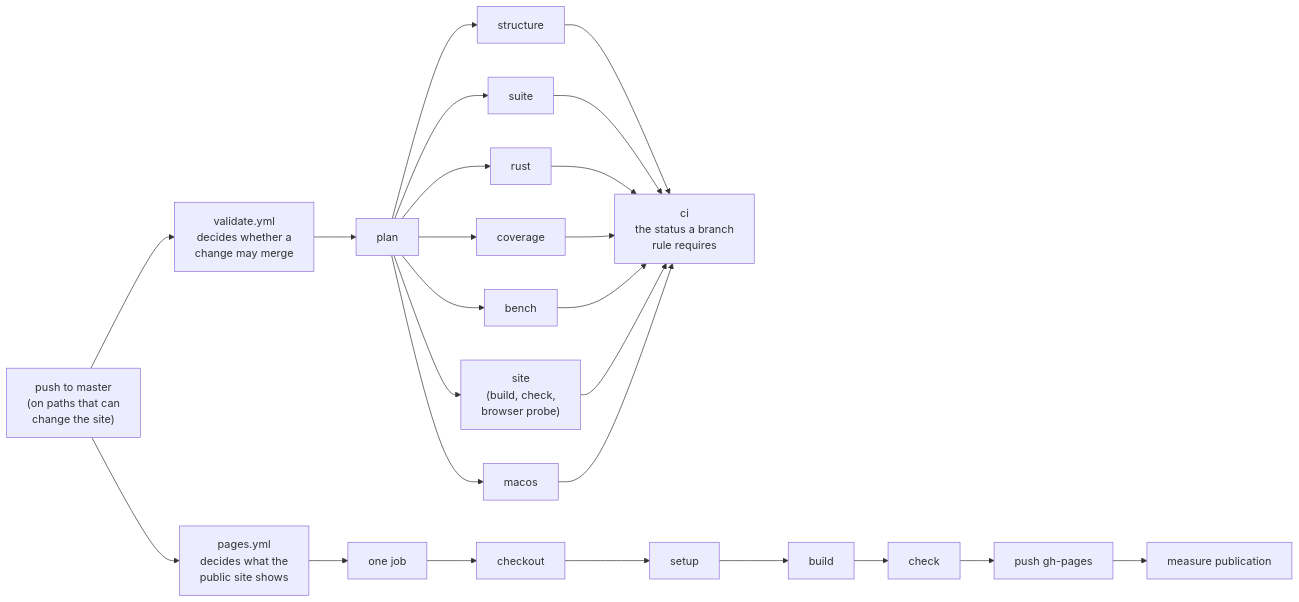
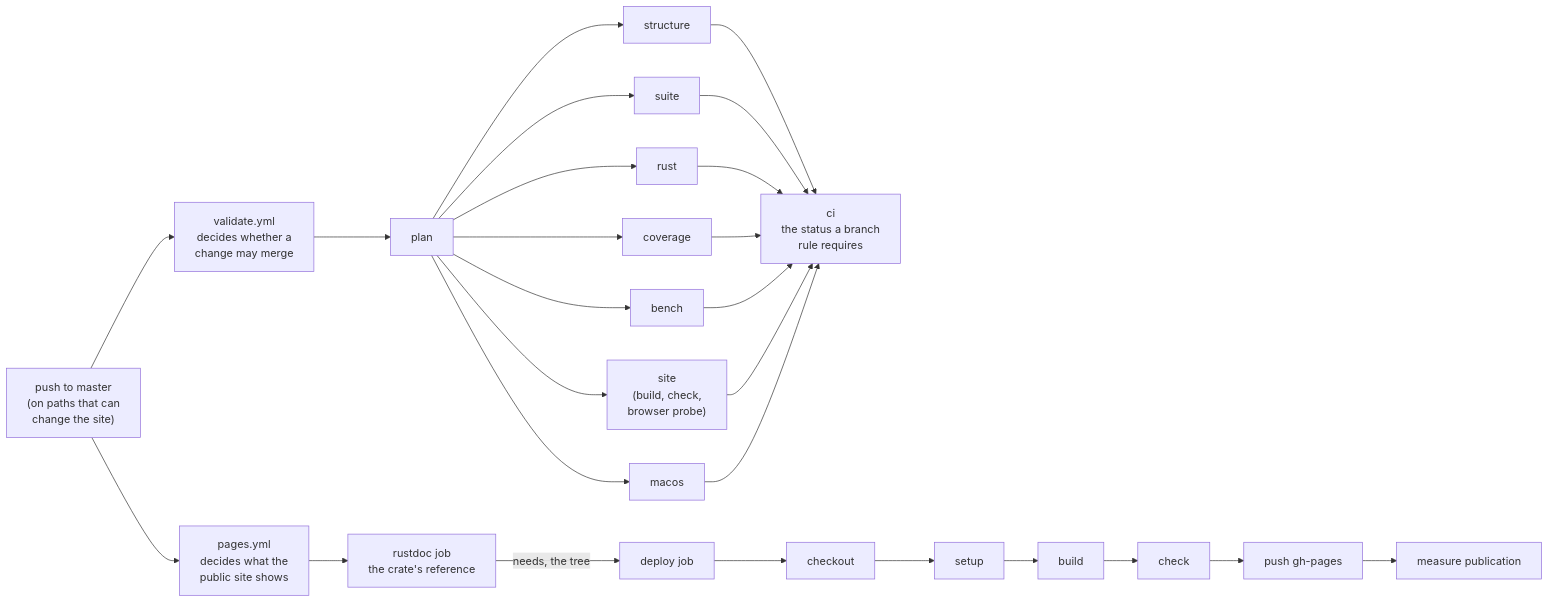
One commit to korczis/prismatic-majordomus changed the first of 2 diagrams in docs/GITHUB_PAGES_PERFORMANCE.md. Above: the diagram before and after it, drawn with Mermaid. The commit also changed other lines of this file and 314 other files, not shown here.

````diff
--- a/docs/GITHUB_PAGES_PERFORMANCE.md
+++ b/docs/GITHUB_PAGES_PERFORMANCE.md
@@ -35,17 +35,18 @@
 ```mermaid
 flowchart LR
   push["push to master<br>(on paths that can<br>change the site)"]
   push --> validate["validate.yml<br>decides whether a<br>change may merge"]
   validate --> plan["plan"]
   plan --> structure["structure"]
   plan --> suite["suite"]
   plan --> rust["rust"]
   plan --> coverage["coverage"]
   plan --> bench["bench"]
   plan --> site["site<br>(build, check,<br>browser probe)"]
   plan --> macos["macos"]
   structure & suite & rust & coverage & bench & site & macos --> ci["ci<br>the status a branch<br>rule requires"]
   push --> pages["pages.yml<br>decides what the<br>public site shows"]
-  pages --> job["one job"]
+  pages --> rustdocjob["rustdoc job<br>the crate's reference"]
+  rustdocjob -->|"needs, the tree"| job["deploy job"]
   job --> checkout["checkout"] --> setup["setup"] --> build["build"] --> check["check"] --> ghpages["push gh-pages"] --> measure["measure publication"]
 ```
````
